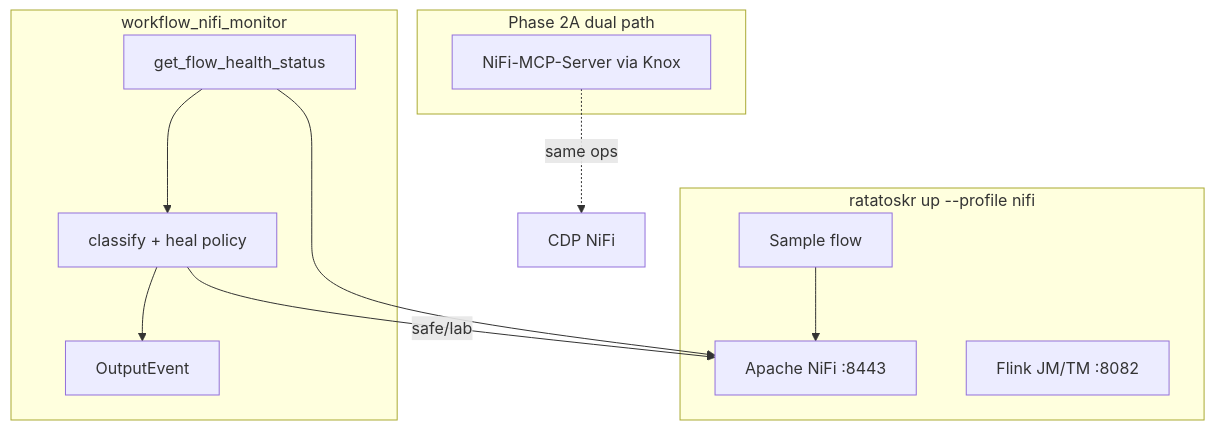
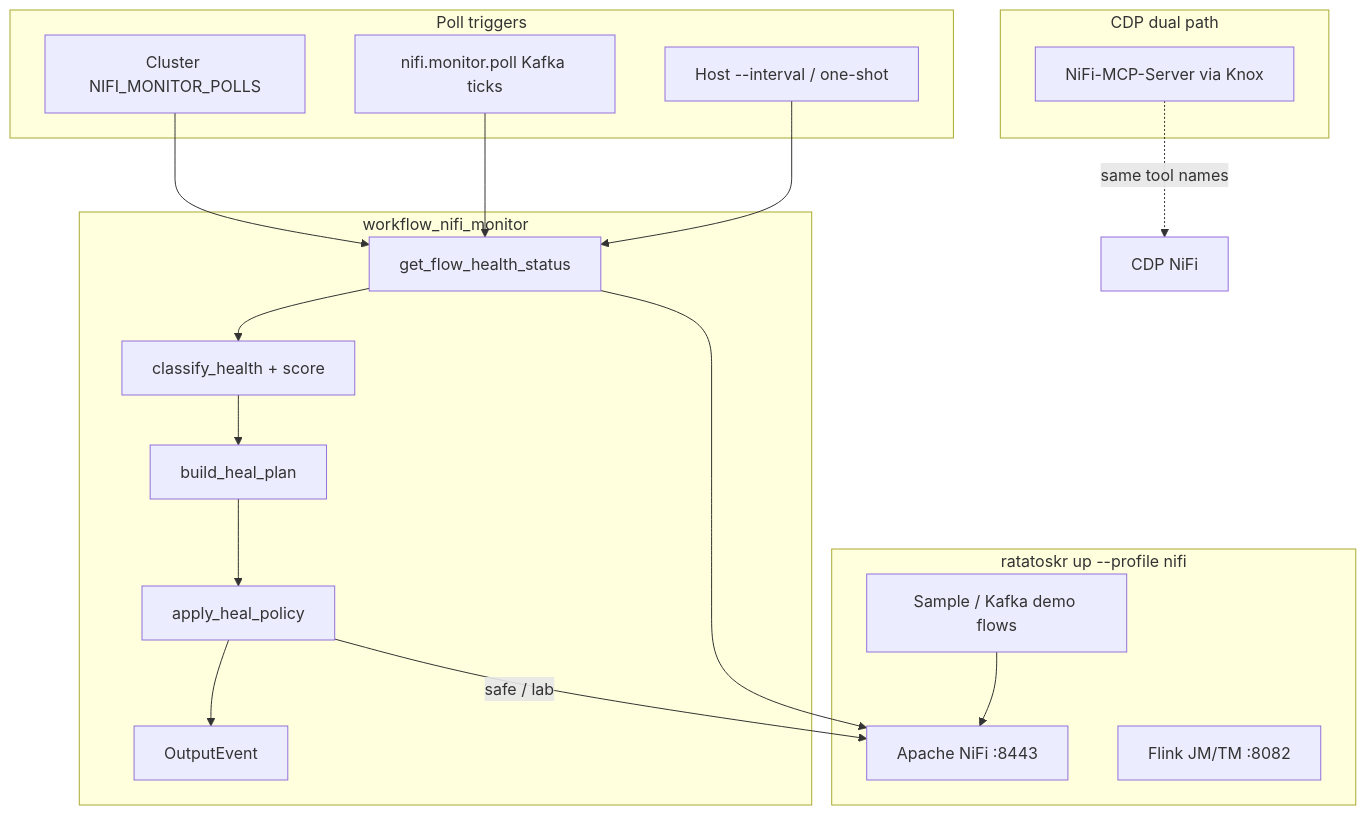
Before and after one commit to BrooksIan/FlinkDockerWithAgents: the first of 3 diagrams in nifi/README.md, drawn with Mermaid. The commit also changed other lines of this file and 7 other files, not shown here.

````diff
--- a/nifi/README.md
+++ b/nifi/README.md
@@ -162,24 +162,35 @@
 ```mermaid
 flowchart TB
   subgraph Stack["ratatoskr up --profile nifi"]
     NiFi["Apache NiFi :8443"]
-    Sample["Sample flow"]
+    Sample["Sample / Kafka demo flows"]
     Flink["Flink JM/TM :8082"]
   end
 
   subgraph Agent["workflow_nifi_monitor"]
     Poll["get_flow_health_status"]
-    Policy["classify + heal policy"]
+    Classify["classify_health + score"]
+    Plan["build_heal_plan"]
+    Heal["apply_heal_policy"]
     Out["OutputEvent"]
   end
 
-  subgraph CDP["Phase 2A dual path"]
+  subgraph Triggers["Poll triggers"]
+    Host["Host --interval / one-shot"]
+    Ticks["nifi.monitor.poll Kafka ticks"]
+    Cluster["Cluster NIFI_MONITOR_POLLS"]
+  end
+
+  subgraph CDP["CDP dual path"]
     MCP["NiFi-MCP-Server via Knox"]
   end
 
   Sample --> NiFi
+  Host --> Poll
+  Ticks --> Poll
+  Cluster --> Poll
   Poll --> NiFi
-  Poll --> Policy --> Out
-  Policy -->|"safe/lab"| NiFi
-  MCP -.->|"same ops"| NiFiCDP["CDP NiFi"]
+  Poll --> Classify --> Plan --> Heal --> Out
+  Heal -->|"safe / lab"| NiFi
+  MCP -.->|"same tool names"| NiFiCDP["CDP NiFi"]
 ```
````
